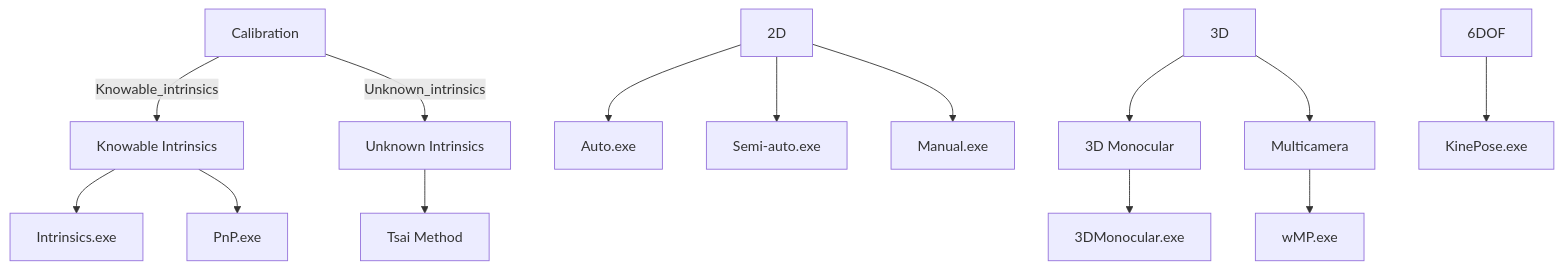
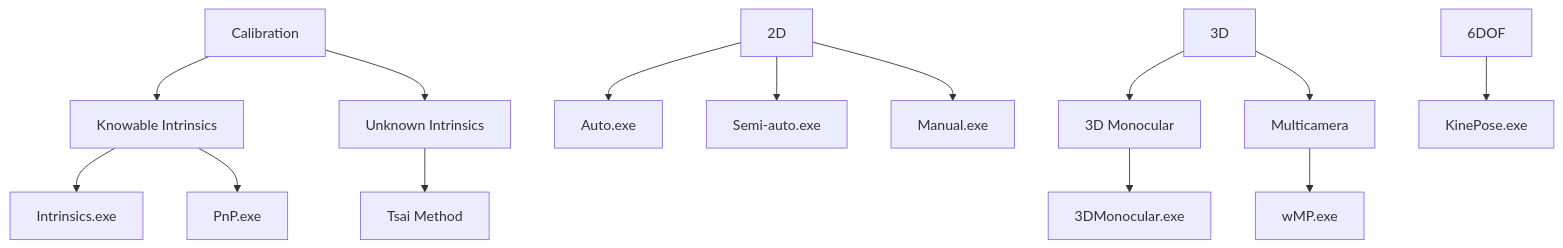
One commit to KevGildea/KinePose changed the diagram in README.md. Above: the diagram before and after it, drawn with Mermaid.

````diff
--- a/README.md
+++ b/README.md
@@ -45,19 +45,19 @@
 ```mermaid
 graph TD;
-    Calibration --> |Knowable_intrinsics| Knowable[Knowable Intrinsics];
+    Calibration --> Knowable[Knowable Intrinsics];
     Knowable --> Intrinsics[Intrinsics.exe];
     Knowable --> PnP[PnP.exe];
-    Calibration --> |Unknown_intrinsics| Unknown[Unknown Intrinsics];
+    Calibration --> Unknown[Unknown Intrinsics];
     Unknown --> Tsai[Tsai Method];
     
     2D --> Auto[Auto.exe];
     2D --> SemiAuto[Semi-auto.exe];
     2D --> Manual[Manual.exe];
     
     3D --> Monocular[3D Monocular];
     Monocular --> 3DMonocular[3DMonocular.exe];
     3D --> Multicamera[Multicamera];
     Multicamera --> wMP[wMP.exe];
     
     6DOF --> KinePose[KinePose.exe];
 ```
````
